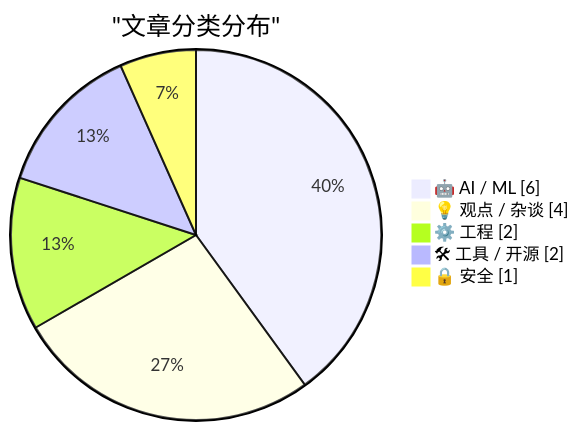
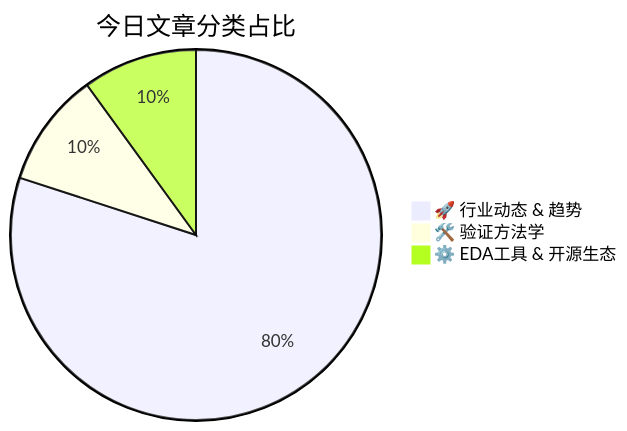
The diagram in public/archives/digest-20260219.md (casparlin/fpga-daily-digest), drawn with Mermaid before and after one commit. The commit also changed other lines of this file, not shown here.

````diff
--- a/public/archives/digest-20260219.md
+++ b/public/archives/digest-20260219.md
@@ -53,9 +41,6 @@
 ```mermaid
-pie showData
-    title "文章分类分布"
-    "🤖 AI / ML" : 6
-    "💡 观点 / 杂谈" : 4
-    "⚙️ 工程" : 2
-    "🛠 工具 / 开源" : 2
-    "🔒 安全" : 1
+pie title 今日文章分类占比
+  "🚀 行业动态 & 趋势" : 8
+  "🛠️ 验证方法学" : 1
+  "⚙️ EDA工具 & 开源生态" : 1
 ```
````
